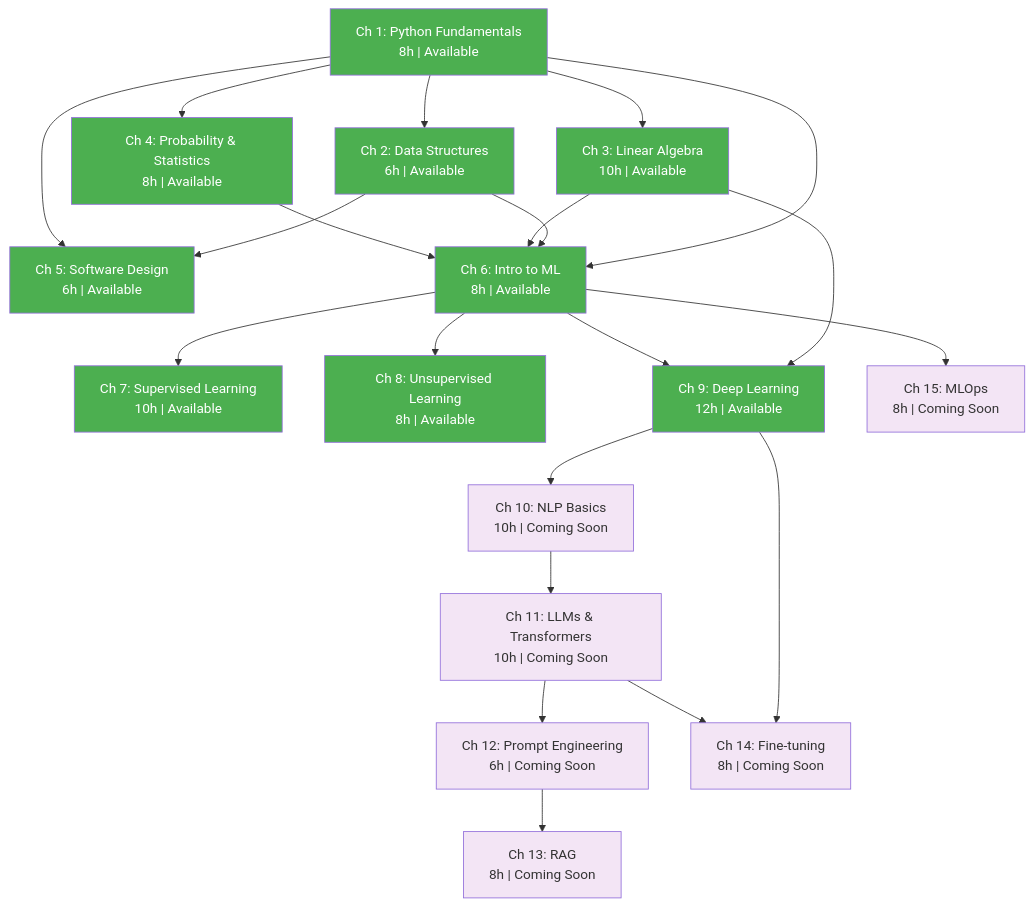
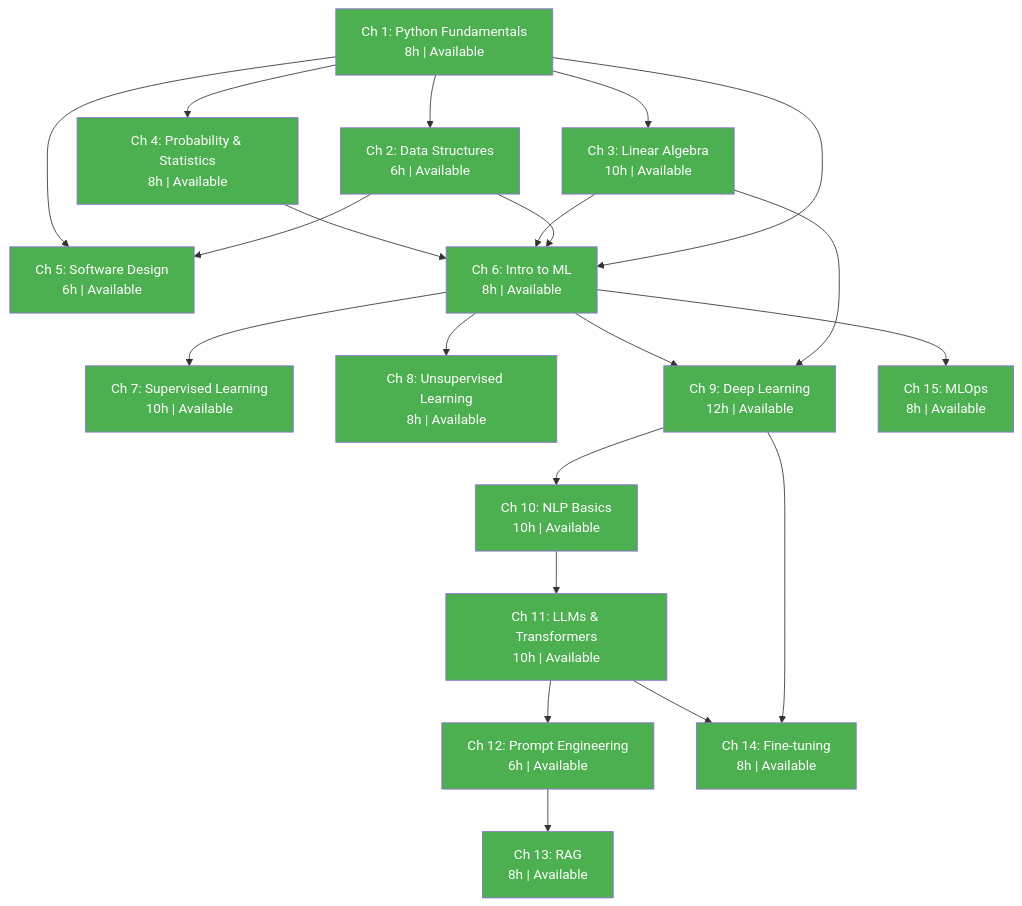
Before and after one commit to luigipascal/berta-chapters: the diagram in SYLLABUS.md, drawn with Mermaid. The commit also changed other lines of this file and 130 other files, not shown here.

````diff
--- a/SYLLABUS.md
+++ b/SYLLABUS.md
@@ -9,59 +9,59 @@
 ```mermaid
 graph TD
     CH1["Ch 1: Python Fundamentals<br/>8h | Available"]
     CH2["Ch 2: Data Structures<br/>6h | Available"]
     CH3["Ch 3: Linear Algebra<br/>10h | Available"]
     CH4["Ch 4: Probability & Statistics<br/>8h | Available"]
     CH5["Ch 5: Software Design<br/>6h | Available"]
 
     CH6["Ch 6: Intro to ML<br/>8h | Available"]
     CH7["Ch 7: Supervised Learning<br/>10h | Available"]
     CH8["Ch 8: Unsupervised Learning<br/>8h | Available"]
     CH9["Ch 9: Deep Learning<br/>12h | Available"]
-    CH10["Ch 10: NLP Basics<br/>10h | Coming Soon"]
-    CH11["Ch 11: LLMs & Transformers<br/>10h | Coming Soon"]
-    CH12["Ch 12: Prompt Engineering<br/>6h | Coming Soon"]
-    CH13["Ch 13: RAG<br/>8h | Coming Soon"]
-    CH14["Ch 14: Fine-tuning<br/>8h | Coming Soon"]
-    CH15["Ch 15: MLOps<br/>8h | Coming Soon"]
+    CH10["Ch 10: NLP Basics<br/>10h | Available"]
+    CH11["Ch 11: LLMs & Transformers<br/>10h | Available"]
+    CH12["Ch 12: Prompt Engineering<br/>6h | Available"]
+    CH13["Ch 13: RAG<br/>8h | Available"]
+    CH14["Ch 14: Fine-tuning<br/>8h | Available"]
+    CH15["Ch 15: MLOps<br/>8h | Available"]
 
     CH1 --> CH2
     CH1 --> CH3
     CH1 --> CH4
     CH2 --> CH5
     CH1 --> CH5
 
     CH1 --> CH6
     CH2 --> CH6
     CH3 --> CH6
     CH4 --> CH6
 
     CH6 --> CH7
     CH6 --> CH8
     CH3 --> CH9
     CH6 --> CH9
 
     CH9 --> CH10
     CH10 --> CH11
     CH11 --> CH12
     CH12 --> CH13
     CH9 --> CH14
     CH11 --> CH14
     CH6 --> CH15
 
     style CH1 fill:#4caf50,color:#fff
     style CH2 fill:#4caf50,color:#fff
     style CH3 fill:#4caf50,color:#fff
     style CH4 fill:#4caf50,color:#fff
     style CH5 fill:#4caf50,color:#fff
     style CH6 fill:#4caf50,color:#fff
     style CH7 fill:#4caf50,color:#fff
     style CH8 fill:#4caf50,color:#fff
     style CH9 fill:#4caf50,color:#fff
-    style CH10 fill:#f3e5f5
-    style CH11 fill:#f3e5f5
-    style CH12 fill:#f3e5f5
-    style CH13 fill:#f3e5f5
-    style CH14 fill:#f3e5f5
-    style CH15 fill:#f3e5f5
+    style CH10 fill:#4caf50,color:#fff
+    style CH11 fill:#4caf50,color:#fff
+    style CH12 fill:#4caf50,color:#fff
+    style CH13 fill:#4caf50,color:#fff
+    style CH14 fill:#4caf50,color:#fff
+    style CH15 fill:#4caf50,color:#fff
 ```
````
